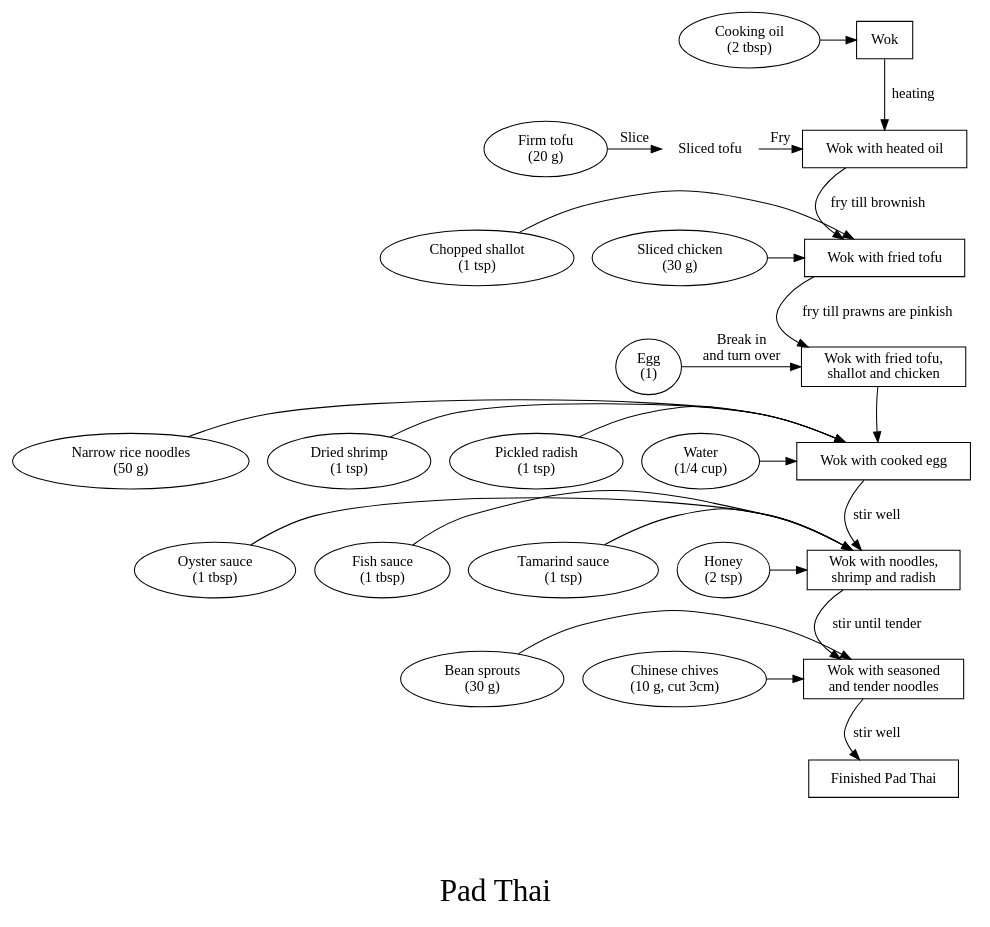
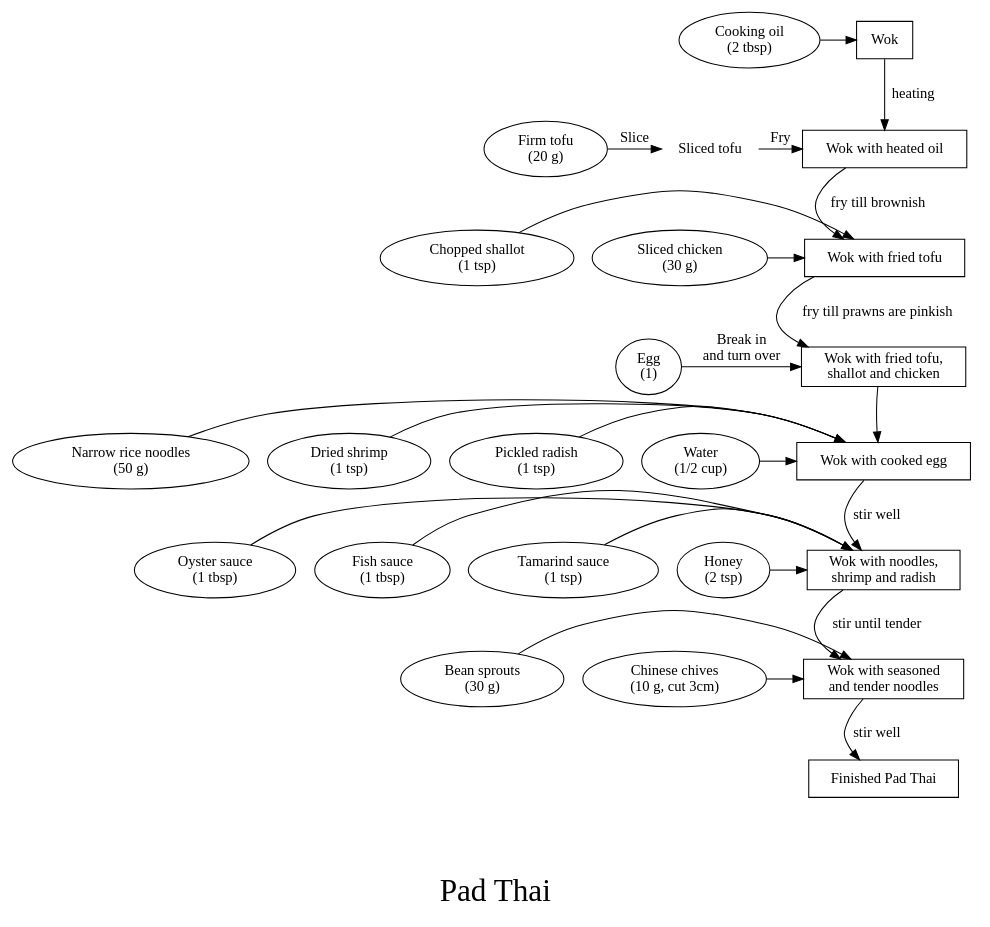
Before and after one commit to yetanotherdeveloper/cooking-reciepes-as-graphs: the diagram in pad_thai/pad_thai.dot, drawn with Graphviz.

Commit message:
Incrased amount of water in pad thai reciepe

```diff
--- a/pad_thai/pad_thai.dot
+++ b/pad_thai/pad_thai.dot
@@ -1,74 +1,74 @@
 digraph G {
   fontsize=30
   label="\n\nPad Thai"
   
   wok[label="Wok",shape=rectangle]
   oil[label="Cooking oil\n(2 tbsp)"]
   wok_heated[label="Wok with heated oil",shape=rectangle]
   
   tofu[label="Firm tofu\n(20 g)"]
   tofu_sliced[label="Sliced tofu",shape=none]
   shallot[label="Chopped shallot\n(1 tsp)"]
   chicken[label="Sliced chicken\n(30 g)"]
   wok1[label="Wok with fried tofu",shape=rectangle]
   wok2[label="Wok with fried tofu,\nshallot and chicken",shape=rectangle]
   
   egg[label="Egg\n(1)"]
   wok3[label="Wok with cooked egg",shape=rectangle]
   
   noodles[label="Narrow rice noodles\n(50 g)"]
   shrimp[label="Dried shrimp\n(1 tsp)"]
   radish[label="Pickled radish\n(1 tsp)"]
-  water[label="Water\n(1/4 cup)"]
+  water[label="Water\n(1/2 cup)"]
   wok4[label="Wok with noodles,\nshrimp and radish",shape=rectangle]
   
   oyster[label="Oyster sauce\n(1 tbsp)"]
   fish[label="Fish sauce\n(1 tbsp)"]
   tamarind[label="Tamarind sauce\n(1 tsp)"]
   honey[label="Honey\n(2 tsp)"]
   wok5[label="Wok with seasoned\nand tender noodles",shape=rectangle]
   
   sprouts[label="Bean sprouts\n(30 g)"]
   chives[label="Chinese chives\n(10 g, cut 3cm)"]
   final[label="Finished Pad Thai",shape=rectangle]
   
   {rank=same oil wok}
   oil -> wok
   wok -> wok_heated[label="heating"]
   
   {rank=same tofu tofu_sliced wok_heated}
   tofu -> tofu_sliced[label="Slice"]
   tofu_sliced -> wok_heated[label="Fry"]
   wok_heated -> wok1[label="fry till brownish"]
 
   {rank=same shallot chicken wok1}
   shallot -> wok1
   chicken -> wok1
   wok1 -> wok2[label="fry till prawns are pinkish"]
   
   {rank=same egg wok2}
   egg -> wok2[label="Break in\nand turn over"]
   wok2 -> wok3[label=""]
   
   {rank=same noodles shrimp radish water wok3}
   noodles -> wok3[label=""]
   shrimp -> wok3[label=""]
   radish -> wok3[label=""]
   water -> wok3[label=""]
   wok3 -> wok4[label="stir well"]
   
   {rank=same oyster fish tamarind honey wok4}
   oyster -> wok4[label=""]
   fish -> wok4[label=""]
   tamarind -> wok4[label=""]
   honey -> wok4[label=""]
   wok4 -> wok5[label="stir until tender"]
   
   {rank=same sprouts chives wok5}
   sprouts -> wok5[label=""]
   chives -> wok5[label=""]
   wok5 -> final[label="stir well"]
   
   {constraint=false; wok_heated -> wok1 -> wok2 -> wok3 -> wok4 -> wok5->final [style=invis]}
   
 }
```
